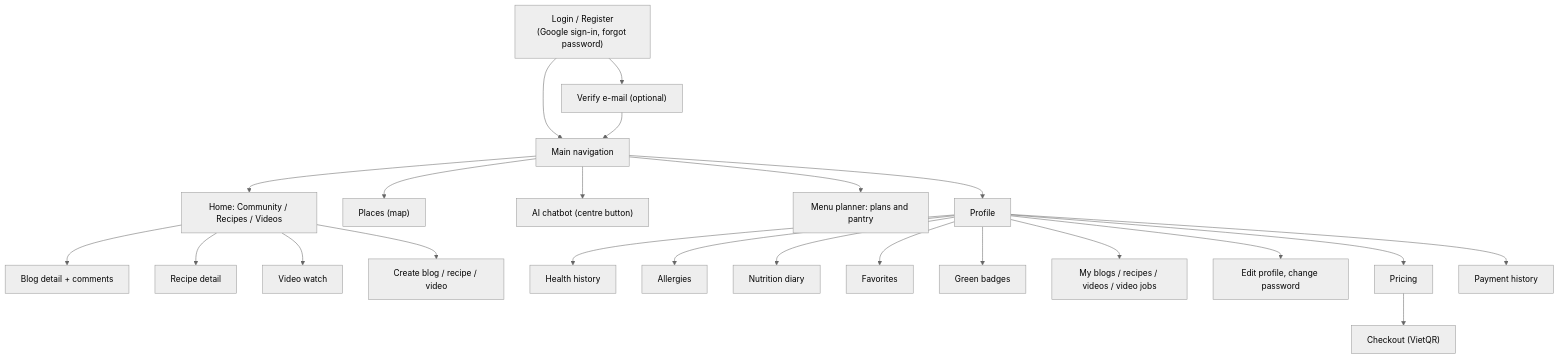
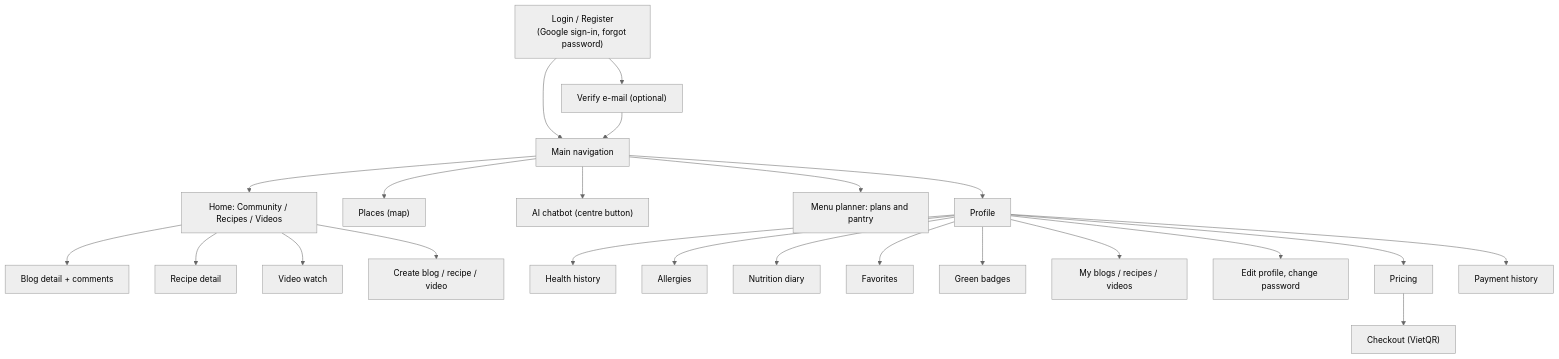
One commit to Phu0312/VeggiePal-Microservice changed the fifth of 32 diagrams in docs/REPORT7_FINAL_PROJECT_REPORT.md. Above: the diagram before and after it, drawn with Mermaid (neutral theme). The commit also changed other lines of this file and 14 other files, not shown here.

````diff
--- a/docs/REPORT7_FINAL_PROJECT_REPORT.md
+++ b/docs/REPORT7_FINAL_PROJECT_REPORT.md
@@ -766,25 +755,25 @@
 ```mermaid
 flowchart TD
     L["Login / Register<br/>(Google sign-in, forgot password)"] --> V["Verify e-mail (optional)"]
     L --> M["Main navigation"]
     V --> M
     M --> H["Home: Community / Recipes / Videos"]
     M --> P["Places (map)"]
     M --> C["AI chatbot (centre button)"]
     M --> MP["Menu planner: plans and pantry"]
     M --> PR["Profile"]
     H --> BD["Blog detail + comments"]
     H --> RD["Recipe detail"]
     H --> VW["Video watch"]
     H --> CE["Create blog / recipe / video"]
     PR --> HH["Health history"]
     PR --> AL["Allergies"]
     PR --> DI["Nutrition diary"]
     PR --> FA["Favorites"]
     PR --> BA["Green badges"]
-    PR --> MC["My blogs / recipes / videos / video jobs"]
+    PR --> MC["My blogs / recipes / videos"]
     PR --> EP["Edit profile, change password"]
     PR --> PU["Pricing"]
     PU --> CK["Checkout (VietQR)"]
     PR --> PH["Payment history"]
 ```
````
